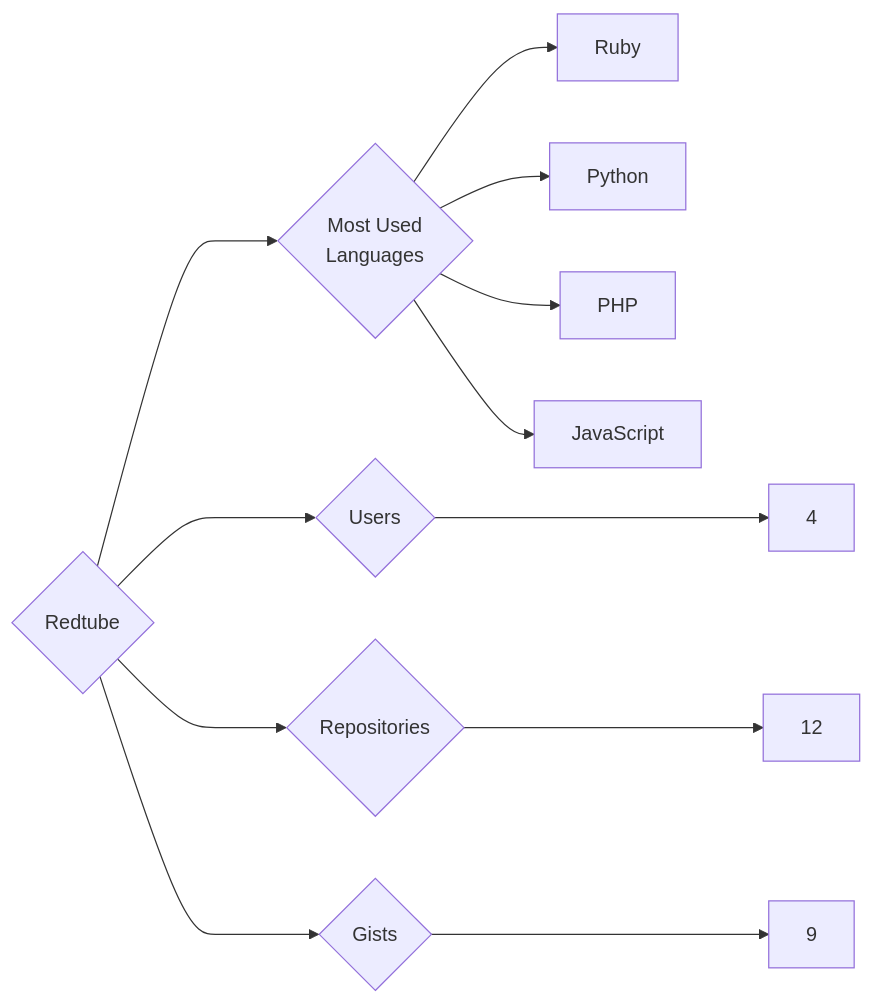
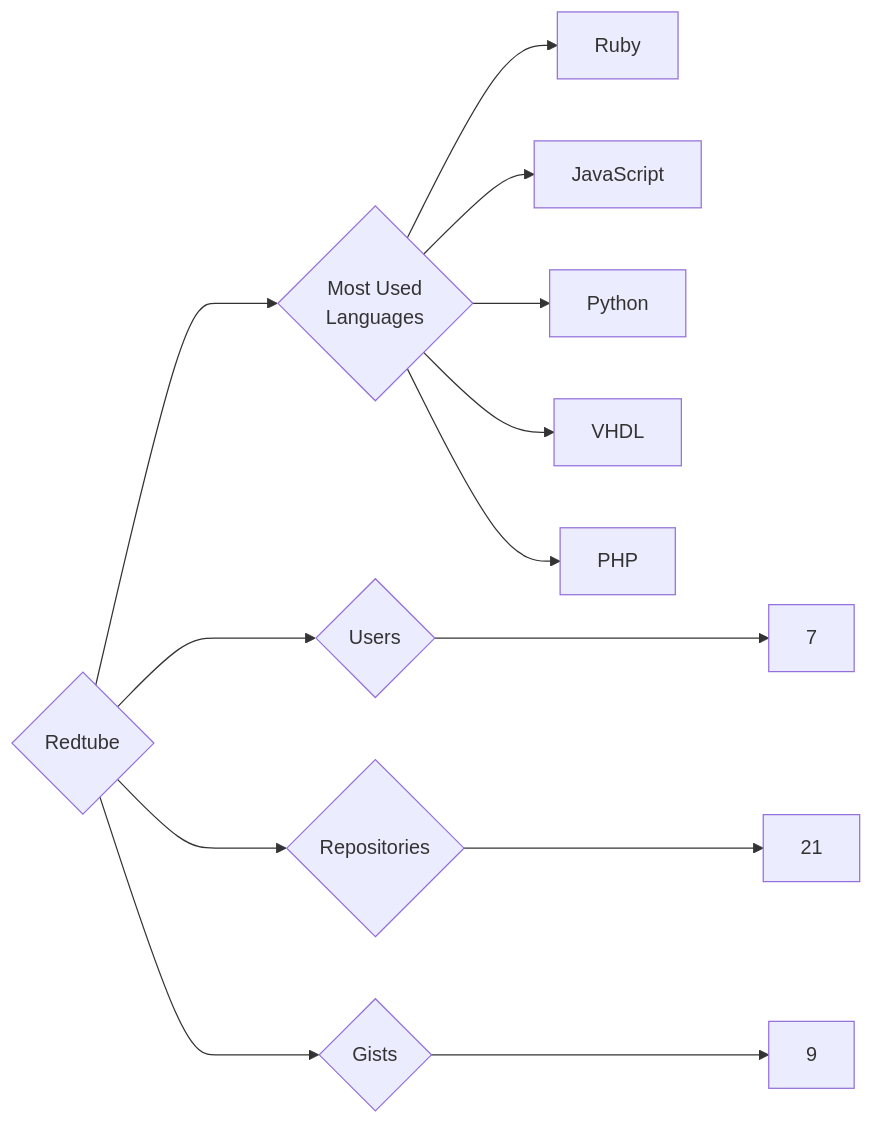
One commit to trickest/insiders changed the diagram in targets/Redtube/README.md. Above: the diagram before and after it, drawn with Mermaid. The commit also changed 851 other files, not shown here.

````diff
--- a/targets/Redtube/README.md
+++ b/targets/Redtube/README.md
@@ -3,12 +3,13 @@
 ```mermaid
 graph LR
 COMPANY_NAME{Redtube}
-COMPANY_NAME ---> U{Users} ---> UN[4]
-COMPANY_NAME ---> R{Repositories} ---> RN[12]
+COMPANY_NAME ---> U{Users} ---> UN[7]
+COMPANY_NAME ---> R{Repositories} ---> RN[21]
 COMPANY_NAME ---> G{Gists} ---> GN[9]
 COMPANY_NAME ---> ML{Most Used<br>Languages}
 ML --> Ruby[Ruby]
+ML --> JavaScript[JavaScript]
 ML --> Python[Python]
+ML --> VHDL[VHDL]
 ML --> PHP[PHP]
-ML --> JavaScript[JavaScript]
 ```
````
